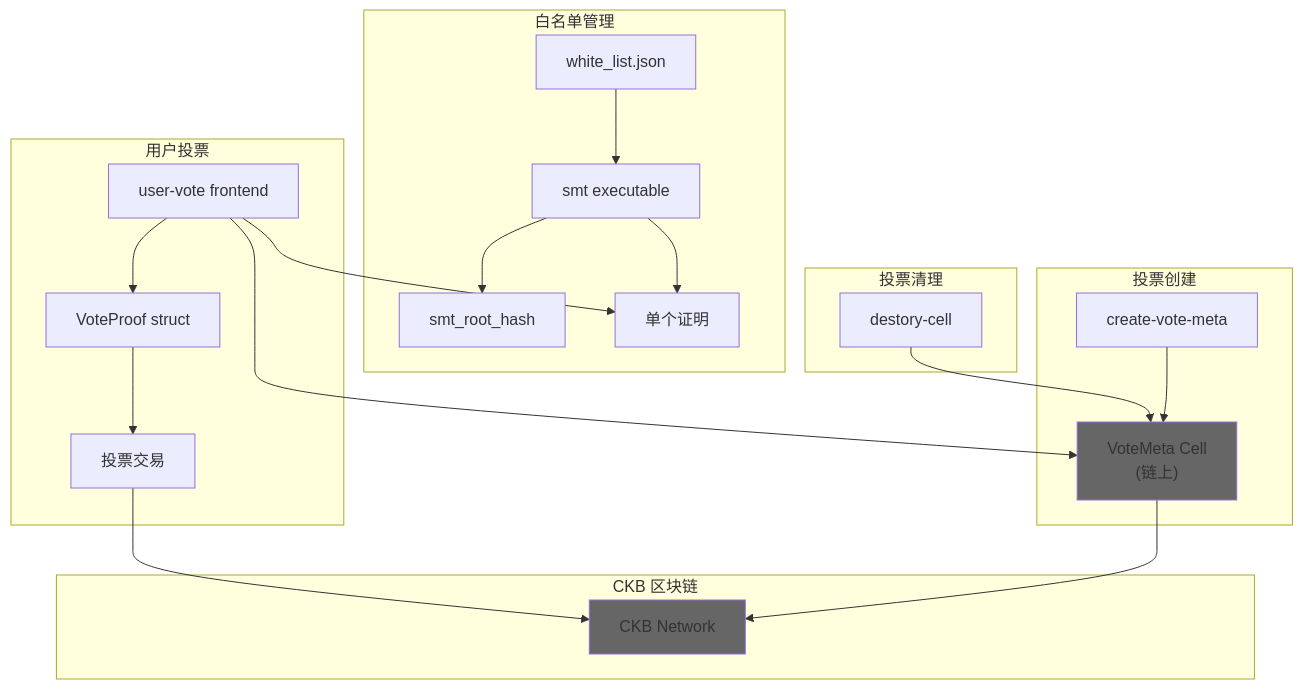
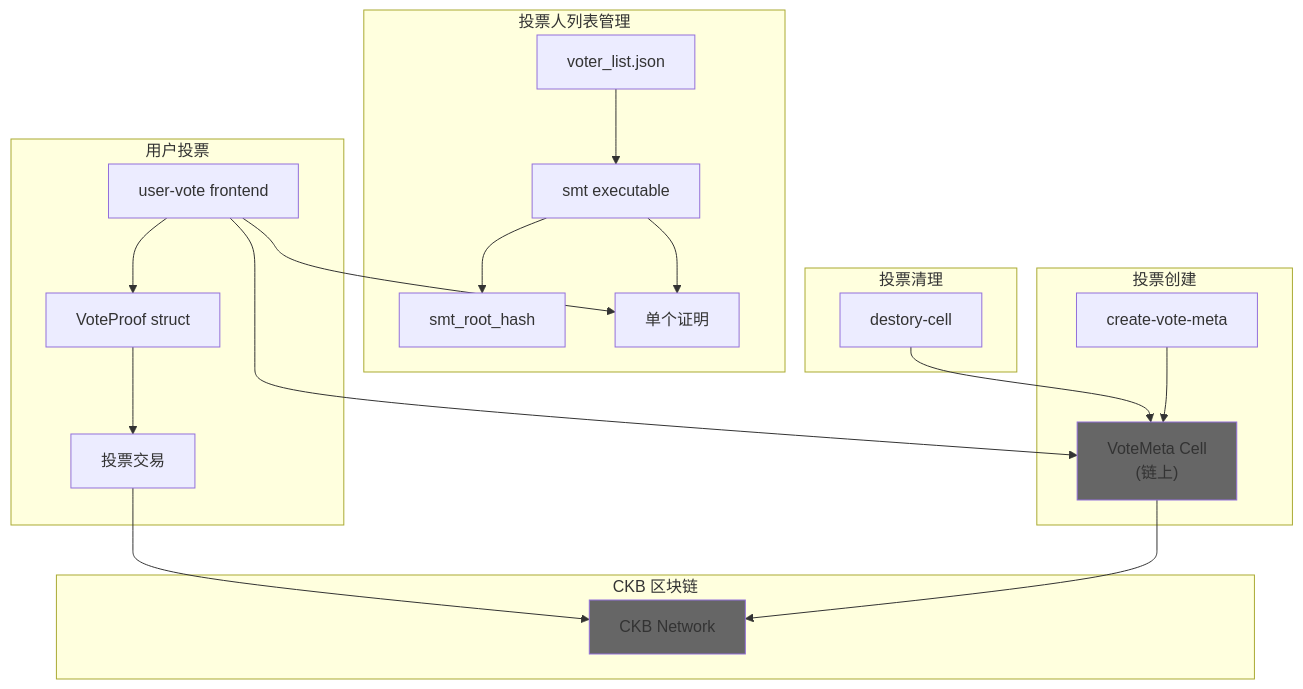
The first of 6 diagrams in content/docs/zh/developer-docs/architecture/vote.mdx (CCF-DAO1-1/ccfdao-v1.1-docs), drawn with Mermaid before and after one commit. The commit also changed other lines of this file and 7 other files, not shown here.

First line of the commit message:
docs: replace 'whitelist' terminology with 'voter list' throughout documentation

````diff
--- a/content/docs/zh/developer-docs/architecture/vote.mdx
+++ b/content/docs/zh/developer-docs/architecture/vote.mdx
@@ -19,46 +19,46 @@
 ```mermaid
 graph TB
     subgraph "投票创建"
         CreateVoteMeta["create-vote-meta"]
         VoteMetaCell["VoteMeta Cell<br/>(链上)"]
     end
     
-    subgraph "白名单管理"
-        WhitelistJSON["white_list.json"]
+    subgraph "投票人列表管理"
+        VoterListJSON["voter_list.json"]
         SMTTool["smt executable"]
         SMTRoot["smt_root_hash"]
         SMTProofs["单个证明"]
     end
     
     subgraph "用户投票"
         UserVoteFE["user-vote frontend"]
         VoteProofStruct["VoteProof struct"]
         VoteTx["投票交易"]
     end
     
     subgraph "投票清理"
         DestroyCellTool["destory-cell"]
     end
     
     subgraph "CKB 区块链"
         CKBNetwork["CKB Network"]
     end
     
     CreateVoteMeta --> VoteMetaCell
     VoteMetaCell --> CKBNetwork
     
-    WhitelistJSON --> SMTTool
+    VoterListJSON --> SMTTool
     SMTTool --> SMTRoot
     SMTTool --> SMTProofs
     
     UserVoteFE --> VoteMetaCell
     UserVoteFE --> SMTProofs
     UserVoteFE --> VoteProofStruct
     VoteProofStruct --> VoteTx
     VoteTx --> CKBNetwork
     
     DestroyCellTool --> VoteMetaCell
     
     style VoteMetaCell fill:#666666
     style CKBNetwork fill:#666666
 ```
````
